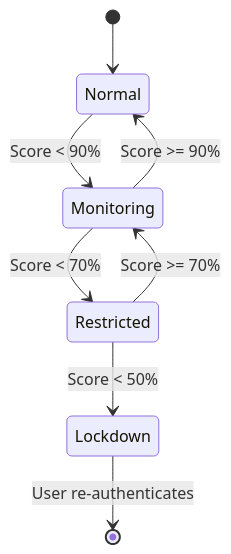
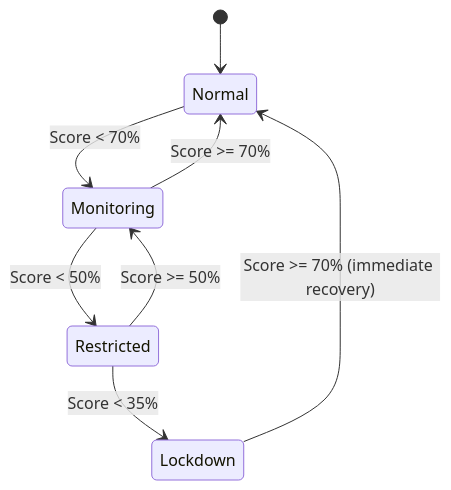
One commit to Bhuvan-2005/SecLyzer changed the third of 3 diagrams in ARCHITECTURE.md. Above: the diagram before and after it, drawn with Mermaid. The commit also changed other lines of this file and 103 other files, not shown here.

````diff
--- a/ARCHITECTURE.md
+++ b/ARCHITECTURE.md
@@ -378,10 +378,10 @@
 ```mermaid
 stateDiagram-v2
     [*] --> Normal
-    Normal --> Monitoring: Score < 90%
-    Monitoring --> Normal: Score >= 90%
-    Monitoring --> Restricted: Score < 70%
-    Restricted --> Monitoring: Score >= 70%
-    Restricted --> Lockdown: Score < 50%
-    Lockdown --> [*]: User re-authenticates
+    Normal --> Monitoring: Score < 70%
+    Monitoring --> Normal: Score >= 70%
+    Monitoring --> Restricted: Score < 50%
+    Restricted --> Monitoring: Score >= 50%
+    Restricted --> Lockdown: Score < 35%
+    Lockdown --> Normal: Score >= 70% (immediate recovery)
 ```
````
